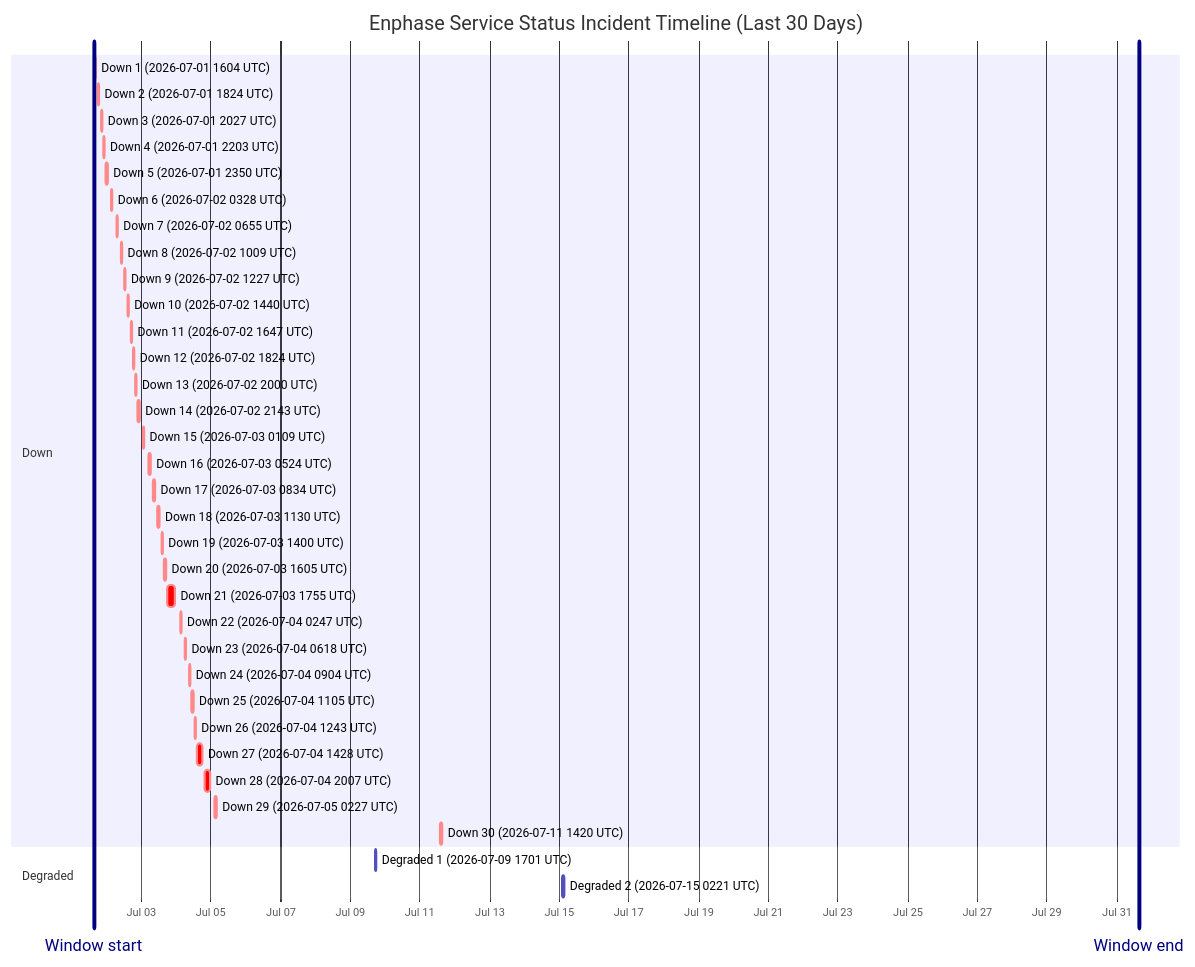
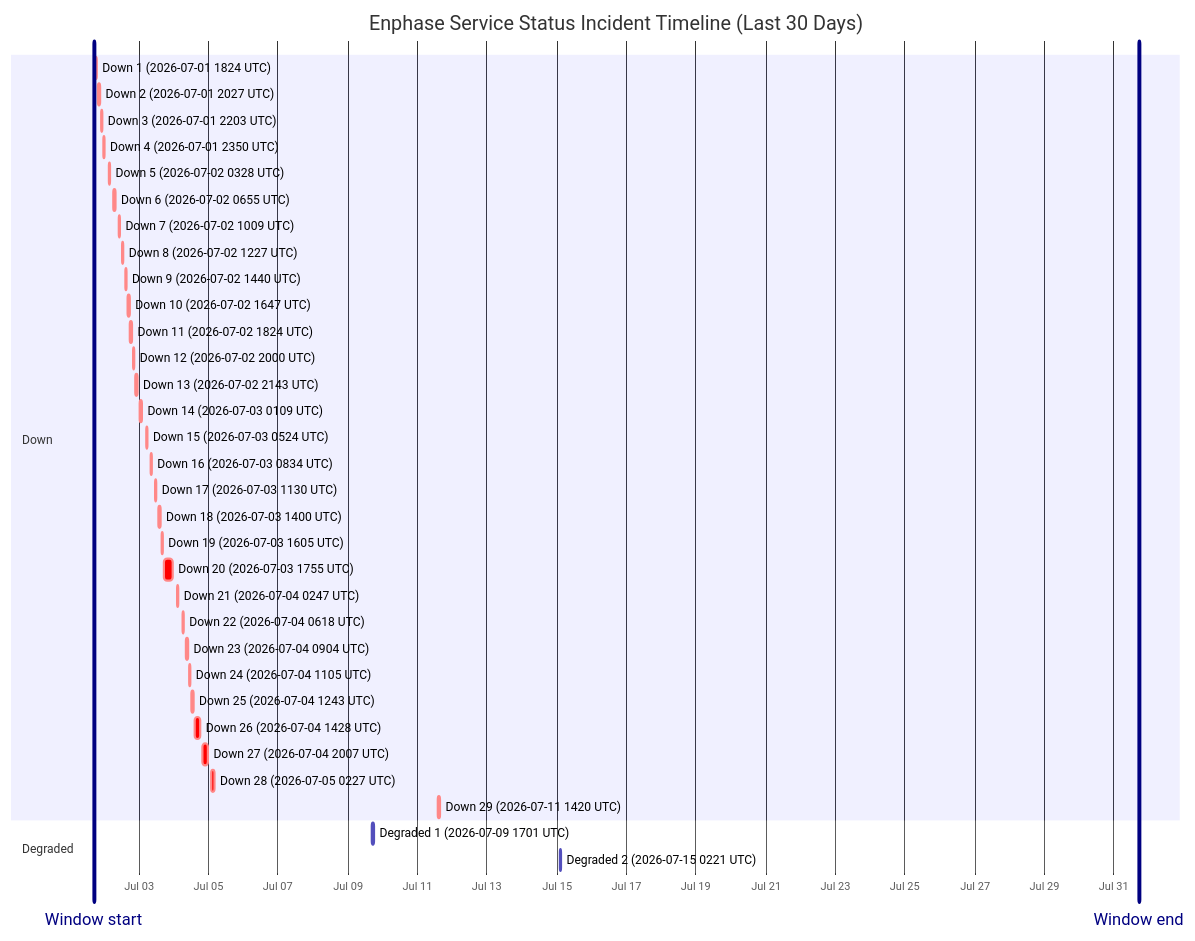
Before and after one commit to barneyonline/ha-enphase-energy: the diagram in wiki/Service-Status-History.md, drawn with Mermaid. The commit also changed other lines of this file and 3 other files, not shown here.

````diff
--- a/wiki/Service-Status-History.md
+++ b/wiki/Service-Status-History.md
@@ -14,42 +14,41 @@
 ```mermaid
 gantt
     title Enphase Service Status Incident Timeline (Last 30 Days)
     dateFormat  YYYY-MM-DDTHH:mm:ss
     axisFormat  %b %d
-    Window start :vert, window-start, 2026-07-01T15:17:28, 0ms
-    Window end :vert, window-end, 2026-07-31T15:17:28, 0ms
+    Window start :vert, window-start, 2026-07-01T17:03:53, 0ms
+    Window end :vert, window-end, 2026-07-31T17:03:53, 0ms
     section Down
-    Down 1 (2026-07-01 1604 UTC) :crit, down-1, 2026-07-01T16:04:29, 60m
-    Down 2 (2026-07-01 1824 UTC) :crit, down-2, 2026-07-01T18:24:21, 60m
-    Down 3 (2026-07-01 2027 UTC) :crit, down-3, 2026-07-01T20:27:17, 60m
-    Down 4 (2026-07-01 2203 UTC) :crit, down-4, 2026-07-01T22:03:46, 60m
-    Down 5 (2026-07-01 2350 UTC) :crit, down-5, 2026-07-01T23:50:52, 60m
-    Down 6 (2026-07-02 0328 UTC) :crit, down-6, 2026-07-02T03:28:33, 60m
-    Down 7 (2026-07-02 0655 UTC) :crit, down-7, 2026-07-02T06:55:07, 60m
-    Down 8 (2026-07-02 1009 UTC) :crit, down-8, 2026-07-02T10:09:15, 60m
-    Down 9 (2026-07-02 1227 UTC) :crit, down-9, 2026-07-02T12:27:49, 60m
-    Down 10 (2026-07-02 1440 UTC) :crit, down-10, 2026-07-02T14:40:53, 60m
-    Down 11 (2026-07-02 1647 UTC) :crit, down-11, 2026-07-02T16:47:47, 60m
-    Down 12 (2026-07-02 1824 UTC) :crit, down-12, 2026-07-02T18:24:26, 60m
-    Down 13 (2026-07-02 2000 UTC) :crit, down-13, 2026-07-02T20:00:57, 60m
-    Down 14 (2026-07-02 2143 UTC) :crit, down-14, 2026-07-02T21:43:52, 80m
-    Down 15 (2026-07-03 0109 UTC) :crit, down-15, 2026-07-03T01:09:19, 60m
-    Down 16 (2026-07-03 0524 UTC) :crit, down-16, 2026-07-03T05:24:23, 60m
-    Down 17 (2026-07-03 0834 UTC) :crit, down-17, 2026-07-03T08:34:05, 60m
-    Down 18 (2026-07-03 1130 UTC) :crit, down-18, 2026-07-03T11:30:41, 60m
-    Down 19 (2026-07-03 1400 UTC) :crit, down-19, 2026-07-03T14:00:48, 60m
-    Down 20 (2026-07-03 1605 UTC) :crit, down-20, 2026-07-03T16:05:49, 60m
-    Down 21 (2026-07-03 1755 UTC) :crit, down-21, 2026-07-03T17:55:54, 338m
-    Down 22 (2026-07-04 0247 UTC) :crit, down-22, 2026-07-04T02:47:22, 60m
-    Down 23 (2026-07-04 0618 UTC) :crit, down-23, 2026-07-04T06:18:09, 60m
-    Down 24 (2026-07-04 0904 UTC) :crit, down-24, 2026-07-04T09:04:41, 60m
-    Down 25 (2026-07-04 1105 UTC) :crit, down-25, 2026-07-04T11:05:21, 60m
-    Down 26 (2026-07-04 1243 UTC) :crit, down-26, 2026-07-04T12:43:25, 60m
-    Down 27 (2026-07-04 1428 UTC) :crit, down-27, 2026-07-04T14:28:07, 243m
-    Down 28 (2026-07-04 2007 UTC) :crit, down-28, 2026-07-04T20:07:50, 206m
-    Down 29 (2026-07-05 0227 UTC) :crit, down-29, 2026-07-05T02:27:32, 109m
-    Down 30 (2026-07-11 1420 UTC) :crit, down-30, 2026-07-11T14:20:54, 69m
+    Down 1 (2026-07-01 1824 UTC) :crit, down-1, 2026-07-01T18:24:21, 60m
+    Down 2 (2026-07-01 2027 UTC) :crit, down-2, 2026-07-01T20:27:17, 60m
+    Down 3 (2026-07-01 2203 UTC) :crit, down-3, 2026-07-01T22:03:46, 60m
+    Down 4 (2026-07-01 2350 UTC) :crit, down-4, 2026-07-01T23:50:52, 60m
+    Down 5 (2026-07-02 0328 UTC) :crit, down-5, 2026-07-02T03:28:33, 60m
+    Down 6 (2026-07-02 0655 UTC) :crit, down-6, 2026-07-02T06:55:07, 60m
+    Down 7 (2026-07-02 1009 UTC) :crit, down-7, 2026-07-02T10:09:15, 60m
+    Down 8 (2026-07-02 1227 UTC) :crit, down-8, 2026-07-02T12:27:49, 60m
+    Down 9 (2026-07-02 1440 UTC) :crit, down-9, 2026-07-02T14:40:53, 60m
+    Down 10 (2026-07-02 1647 UTC) :crit, down-10, 2026-07-02T16:47:47, 60m
+    Down 11 (2026-07-02 1824 UTC) :crit, down-11, 2026-07-02T18:24:26, 60m
+    Down 12 (2026-07-02 2000 UTC) :crit, down-12, 2026-07-02T20:00:57, 60m
+    Down 13 (2026-07-02 2143 UTC) :crit, down-13, 2026-07-02T21:43:52, 80m
+    Down 14 (2026-07-03 0109 UTC) :crit, down-14, 2026-07-03T01:09:19, 60m
+    Down 15 (2026-07-03 0524 UTC) :crit, down-15, 2026-07-03T05:24:23, 60m
+    Down 16 (2026-07-03 0834 UTC) :crit, down-16, 2026-07-03T08:34:05, 60m
+    Down 17 (2026-07-03 1130 UTC) :crit, down-17, 2026-07-03T11:30:41, 60m
+    Down 18 (2026-07-03 1400 UTC) :crit, down-18, 2026-07-03T14:00:48, 60m
+    Down 19 (2026-07-03 1605 UTC) :crit, down-19, 2026-07-03T16:05:49, 60m
+    Down 20 (2026-07-03 1755 UTC) :crit, down-20, 2026-07-03T17:55:54, 338m
+    Down 21 (2026-07-04 0247 UTC) :crit, down-21, 2026-07-04T02:47:22, 60m
+    Down 22 (2026-07-04 0618 UTC) :crit, down-22, 2026-07-04T06:18:09, 60m
+    Down 23 (2026-07-04 0904 UTC) :crit, down-23, 2026-07-04T09:04:41, 60m
+    Down 24 (2026-07-04 1105 UTC) :crit, down-24, 2026-07-04T11:05:21, 60m
+    Down 25 (2026-07-04 1243 UTC) :crit, down-25, 2026-07-04T12:43:25, 60m
+    Down 26 (2026-07-04 1428 UTC) :crit, down-26, 2026-07-04T14:28:07, 243m
+    Down 27 (2026-07-04 2007 UTC) :crit, down-27, 2026-07-04T20:07:50, 206m
+    Down 28 (2026-07-05 0227 UTC) :crit, down-28, 2026-07-05T02:27:32, 109m
+    Down 29 (2026-07-11 1420 UTC) :crit, down-29, 2026-07-11T14:20:54, 69m
     section Degraded
     Degraded 1 (2026-07-09 1701 UTC) :active, degraded-1, 2026-07-09T17:01:02, 60m
     Degraded 2 (2026-07-15 0221 UTC) :active, degraded-2, 2026-07-15T02:21:35, 60m
 ```
````
